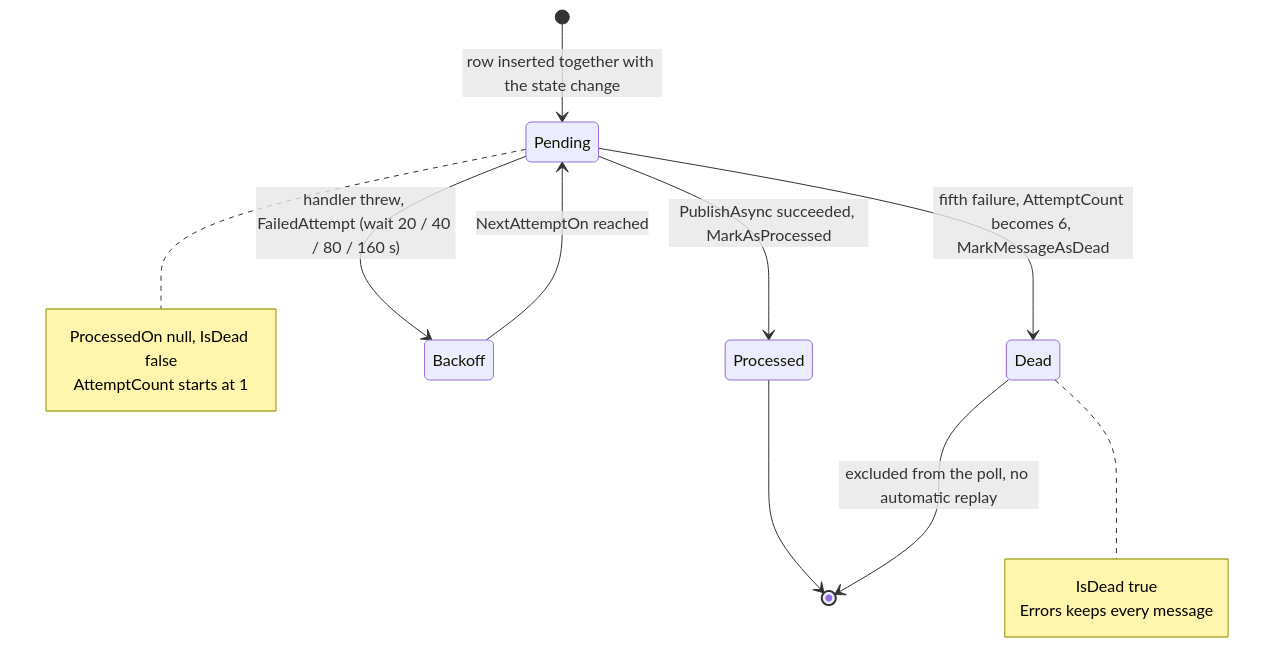
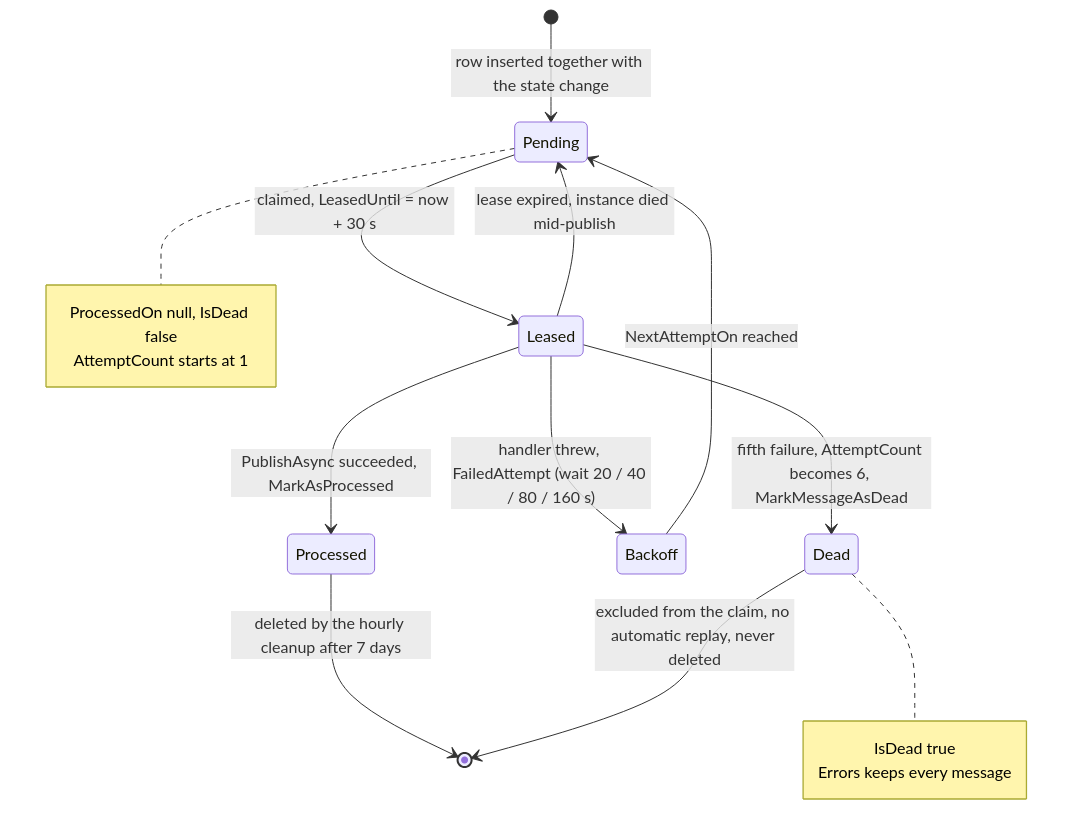
The diagram in docs/diagrams/src/backend-messaging-02-outbox-message-lifecycle.mmd (Zambrzyckii/Auction), drawn with Mermaid before and after one commit. The commit also changed 48 other files, not shown here.

```diff
--- a/docs/diagrams/src/backend-messaging-02-outbox-message-lifecycle.mmd
+++ b/docs/diagrams/src/backend-messaging-02-outbox-message-lifecycle.mmd
@@ -1,16 +1,18 @@
 stateDiagram-v2
     [*] --> Pending: row inserted together with the state change
-    Pending --> Processed: PublishAsync succeeded, MarkAsProcessed
-    Pending --> Backoff: handler threw, FailedAttempt (wait 20 / 40 / 80 / 160 s)
+    Pending --> Leased: claimed, LeasedUntil = now + 30 s
+    Leased --> Processed: PublishAsync succeeded, MarkAsProcessed
+    Leased --> Backoff: handler threw, FailedAttempt (wait 20 / 40 / 80 / 160 s)
+    Leased --> Pending: lease expired, instance died mid-publish
     Backoff --> Pending: NextAttemptOn reached
-    Pending --> Dead: fifth failure, AttemptCount becomes 6, MarkMessageAsDead
-    Processed --> [*]
-    Dead --> [*]: excluded from the poll, no automatic replay
+    Leased --> Dead: fifth failure, AttemptCount becomes 6, MarkMessageAsDead
+    Processed --> [*]: deleted by the hourly cleanup after 7 days
+    Dead --> [*]: excluded from the claim, no automatic replay, never deleted
     note right of Pending
         ProcessedOn null, IsDead false
         AttemptCount starts at 1
     end note
     note right of Dead
         IsDead true
         Errors keeps every message
     end note
```
